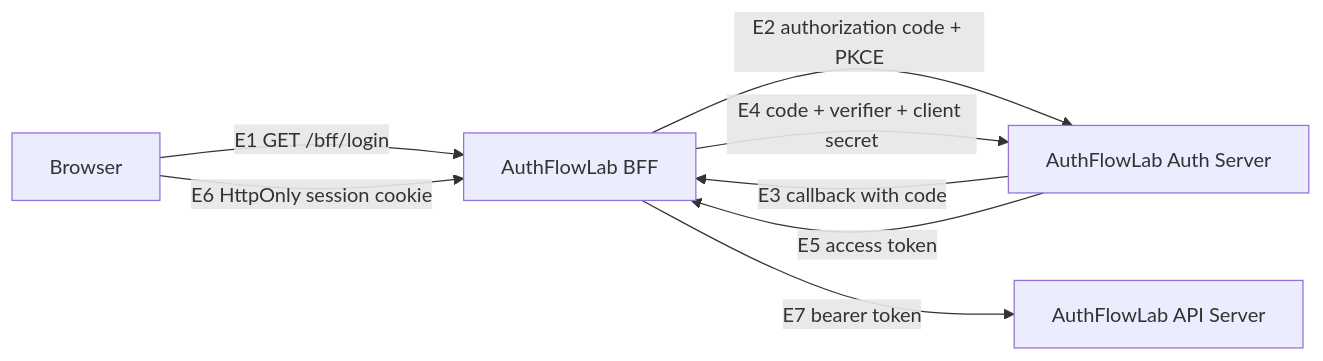
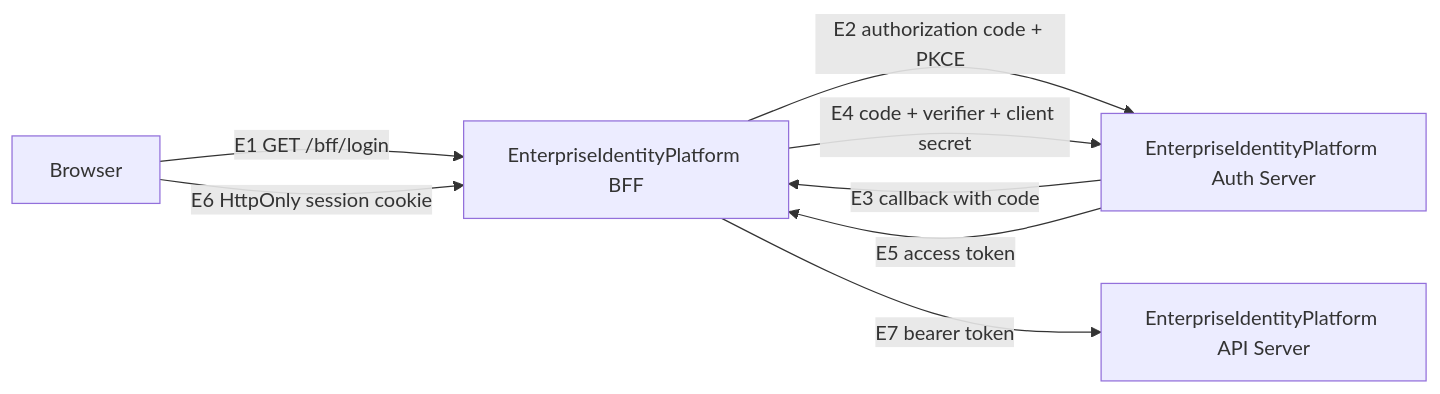
The third of 3 diagrams in README.md (haoyucheng369-gif/EnterpriseIdentityPlatform), drawn with Mermaid before and after one commit. The commit also changed other lines of this file and 106 other files, not shown here.

Commit message:
Rename project to EnterpriseIdentityPlatform

````diff
--- a/README.md
+++ b/README.md
@@ -78,15 +78,15 @@
 ```mermaid
 flowchart LR
     Browser[Browser]
-    BFF[AuthFlowLab BFF]
-    Auth[AuthFlowLab Auth Server]
-    API[AuthFlowLab API Server]
+    BFF[EnterpriseIdentityPlatform BFF]
+    Auth[EnterpriseIdentityPlatform Auth Server]
+    API[EnterpriseIdentityPlatform API Server]
 
     Browser -->|E1 GET /bff/login| BFF
     BFF -->|E2 authorization code + PKCE| Auth
     Auth -->|E3 callback with code| BFF
     BFF -->|E4 code + verifier + client secret| Auth
     Auth -->|E5 access token| BFF
     Browser -->|E6 HttpOnly session cookie| BFF
     BFF -->|E7 bearer token| API
 ```
````
